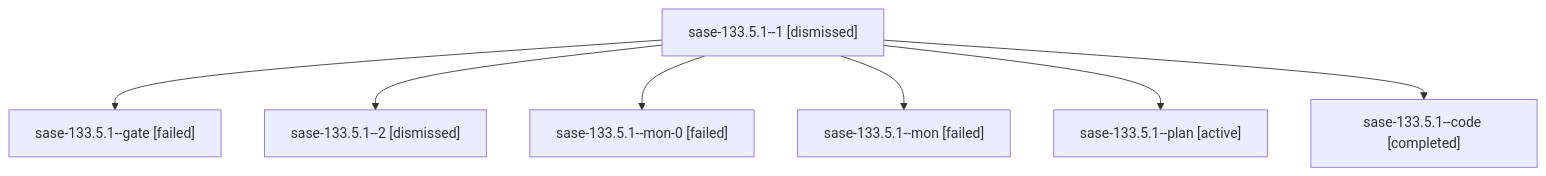
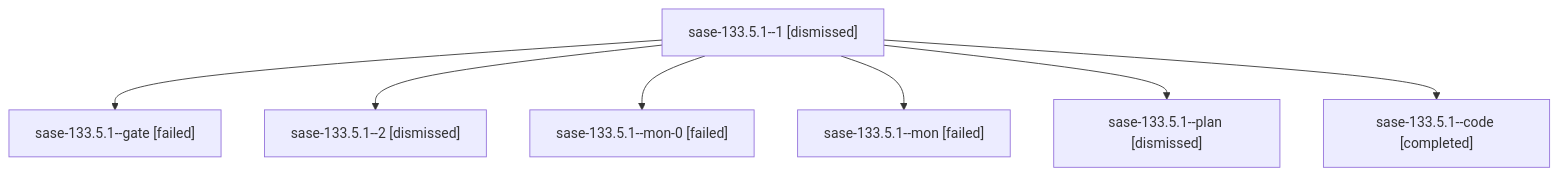
Before and after one commit to sase-org/sase--agents: the diagram in sessions/bbugyi200.athena.sase-133.5.1.md, drawn with Mermaid. The commit also changed other lines of this file and 118 other files, not shown here.

````diff
--- a/sessions/bbugyi200.athena.sase-133.5.1.md
+++ b/sessions/bbugyi200.athena.sase-133.5.1.md
@@ -9,16 +9,16 @@
 ```mermaid
 flowchart TD
   n0["sase-133.5.1--1 [dismissed]"]
   n1["sase-133.5.1--gate [failed]"]
   n0 --> n1
   n2["sase-133.5.1--2 [dismissed]"]
   n0 --> n2
   n3["sase-133.5.1--mon-0 [failed]"]
   n0 --> n3
   n4["sase-133.5.1--mon [failed]"]
   n0 --> n4
-  n5["sase-133.5.1--plan [active]"]
+  n5["sase-133.5.1--plan [dismissed]"]
   n0 --> n5
   n6["sase-133.5.1--code [completed]"]
   n0 --> n6
 ```
````
